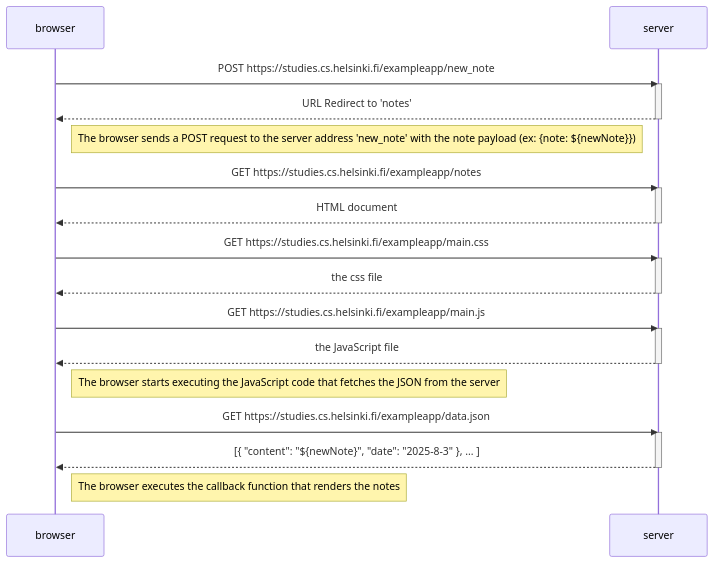
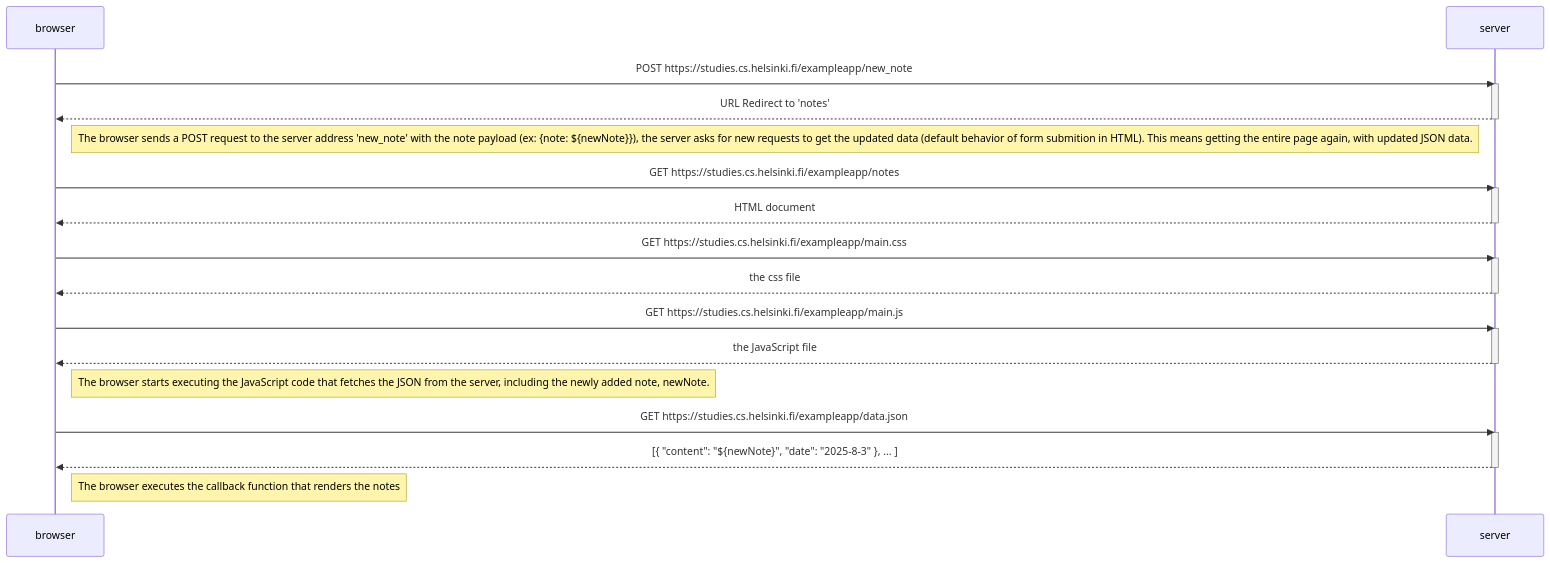
One commit to AlinIoanDanila/fullstack-open changed the diagram in part-0/diagram 0.4.md. Above: the diagram before and after it, drawn with Mermaid.

Commit message:
Exercise 0.4: Update details

````diff
--- a/part-0/diagram 0.4.md
+++ b/part-0/diagram 0.4.md
@@ -5,38 +5,38 @@
 ```mermaid
 sequenceDiagram
     participant browser
     participant server
 
     browser->>server: POST https://studies.cs.helsinki.fi/exampleapp/new_note
     activate server
     server-->>browser: URL Redirect to 'notes'
     deactivate server
 
-    Note right of browser: The browser sends a POST request to the server address 'new_note' with the note payload (ex: {note: ${newNote}})
+    Note right of browser: The browser sends a POST request to the server address 'new_note' with the note payload (ex: {note: ${newNote}}), the server asks for new requests to get the updated data (default behavior of form submition in HTML). This means getting the entire page again, with updated JSON data.
 
     %% Please note the next part is copied from the initial diagram.
 
     browser->>server: GET https://studies.cs.helsinki.fi/exampleapp/notes
     activate server
     server-->>browser: HTML document
     deactivate server
 
     browser->>server: GET https://studies.cs.helsinki.fi/exampleapp/main.css
     activate server
     server-->>browser: the css file
     deactivate server
 
     browser->>server: GET https://studies.cs.helsinki.fi/exampleapp/main.js
     activate server
     server-->>browser: the JavaScript file
     deactivate server
 
-    Note right of browser: The browser starts executing the JavaScript code that fetches the JSON from the server
+    Note right of browser: The browser starts executing the JavaScript code that fetches the JSON from the server, including the newly added note, newNote.
 
     browser->>server: GET https://studies.cs.helsinki.fi/exampleapp/data.json
     activate server
     server-->>browser: [{ "content": "${newNote}", "date": "2025-8-3" }, ... ]
     deactivate server
 
     Note right of browser: The browser executes the callback function that renders the notes
 ```
````
